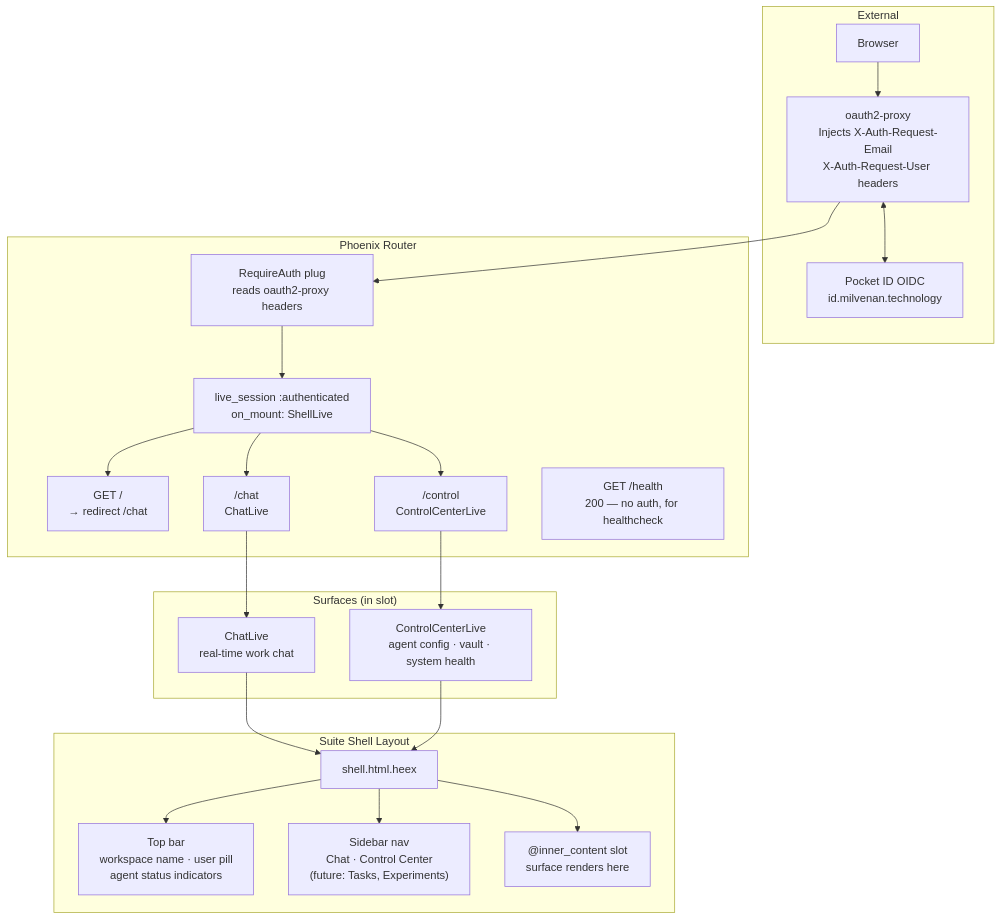
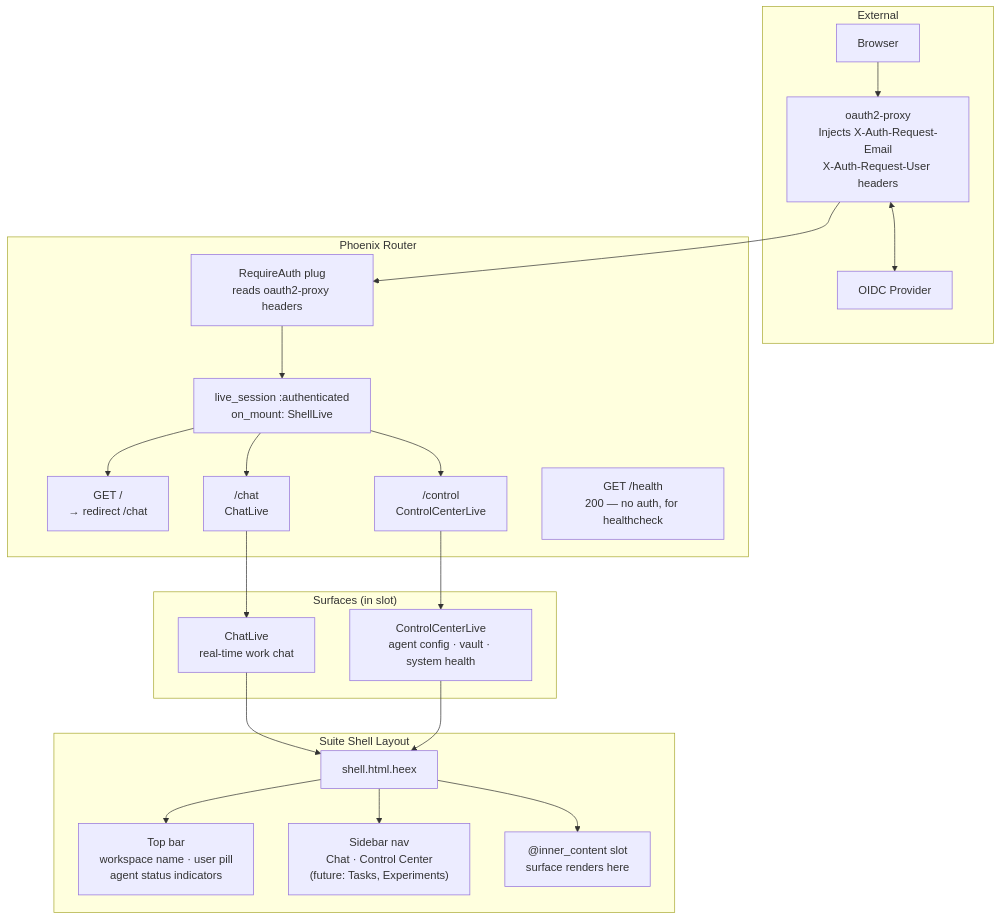
Before and after one commit to Startup-Suite/core: the first of 2 diagrams in docs/architecture/05-suite-shell-adr-0009.md, drawn with Mermaid. The commit also changed other lines of this file and 20 other files, not shown here.

````diff
--- a/docs/architecture/05-suite-shell-adr-0009.md
+++ b/docs/architecture/05-suite-shell-adr-0009.md
@@ -5,39 +5,39 @@
 ```mermaid
 graph TB
   subgraph External["External"]
     Browser["Browser"]
     OAuthProxy["oauth2-proxy<br/>Injects X-Auth-Request-Email<br/>X-Auth-Request-User headers"]
-    PocketID["Pocket ID OIDC<br/>id.milvenan.technology"]
+    OIDCProvider["OIDC Provider"]
   end
 
   subgraph Phoenix["Phoenix Router"]
     RequireAuth["RequireAuth plug<br/>reads oauth2-proxy headers"]
     LiveSession["live_session :authenticated<br/>on_mount: ShellLive"]
     RootRoute["GET /<br/>→ redirect /chat"]
     ChatRoute["/chat<br/>ChatLive"]
     ControlRoute["/control<br/>ControlCenterLive"]
     HealthRoute["GET /health<br/>200 — no auth, for healthcheck"]
   end
 
   subgraph ShellLayout["Suite Shell Layout"]
     ShellHeex["shell.html.heex"]
     TopBar["Top bar<br/>workspace name · user pill<br/>agent status indicators"]
     Sidebar["Sidebar nav<br/>Chat · Control Center<br/>(future: Tasks, Experiments)"]
     ContentSlot["@inner_content slot<br/>surface renders here"]
   end
 
   subgraph Surfaces["Surfaces (in slot)"]
     ChatLive["ChatLive<br/>real-time work chat"]
     ControlCenter["ControlCenterLive<br/>agent config · vault · system health"]
   end
 
   Browser --> OAuthProxy
-  OAuthProxy <--> PocketID
+  OAuthProxy <--> OIDCProvider
   OAuthProxy --> RequireAuth
   RequireAuth --> LiveSession
   LiveSession --> RootRoute & ChatRoute & ControlRoute
   ChatRoute --> ChatLive
   ControlRoute --> ControlCenter
   ChatLive & ControlCenter --> ShellHeex
   ShellHeex --> TopBar & Sidebar & ContentSlot
 ```
````
